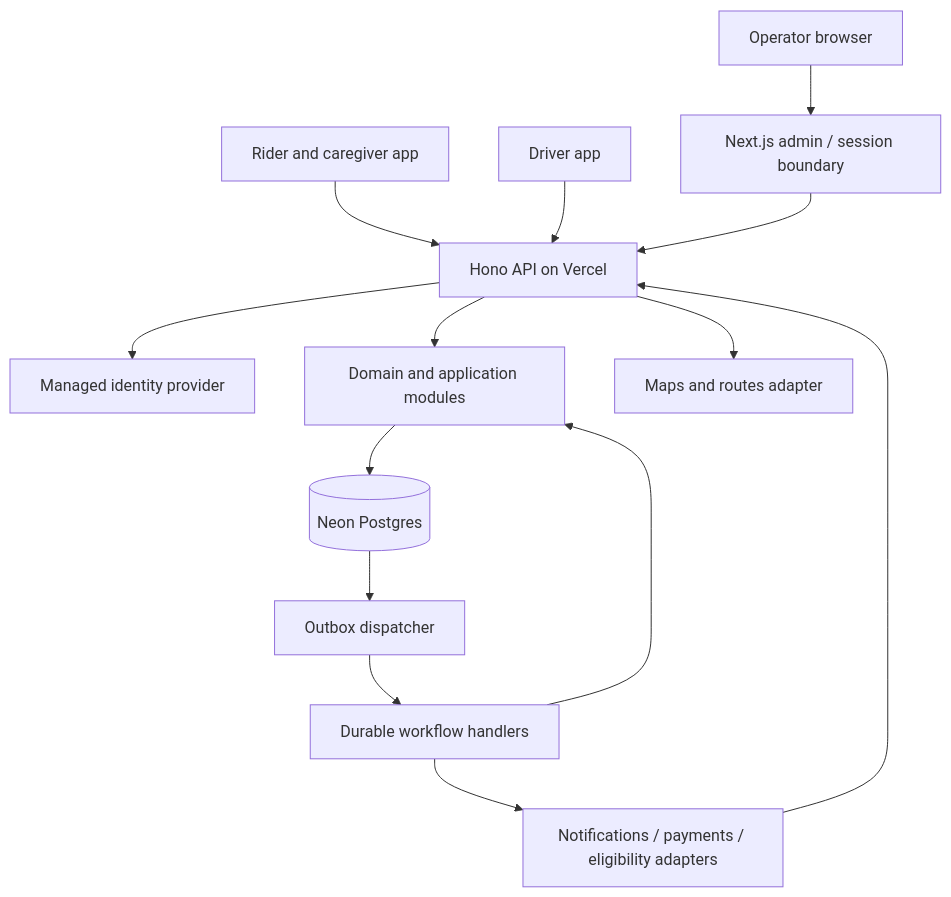
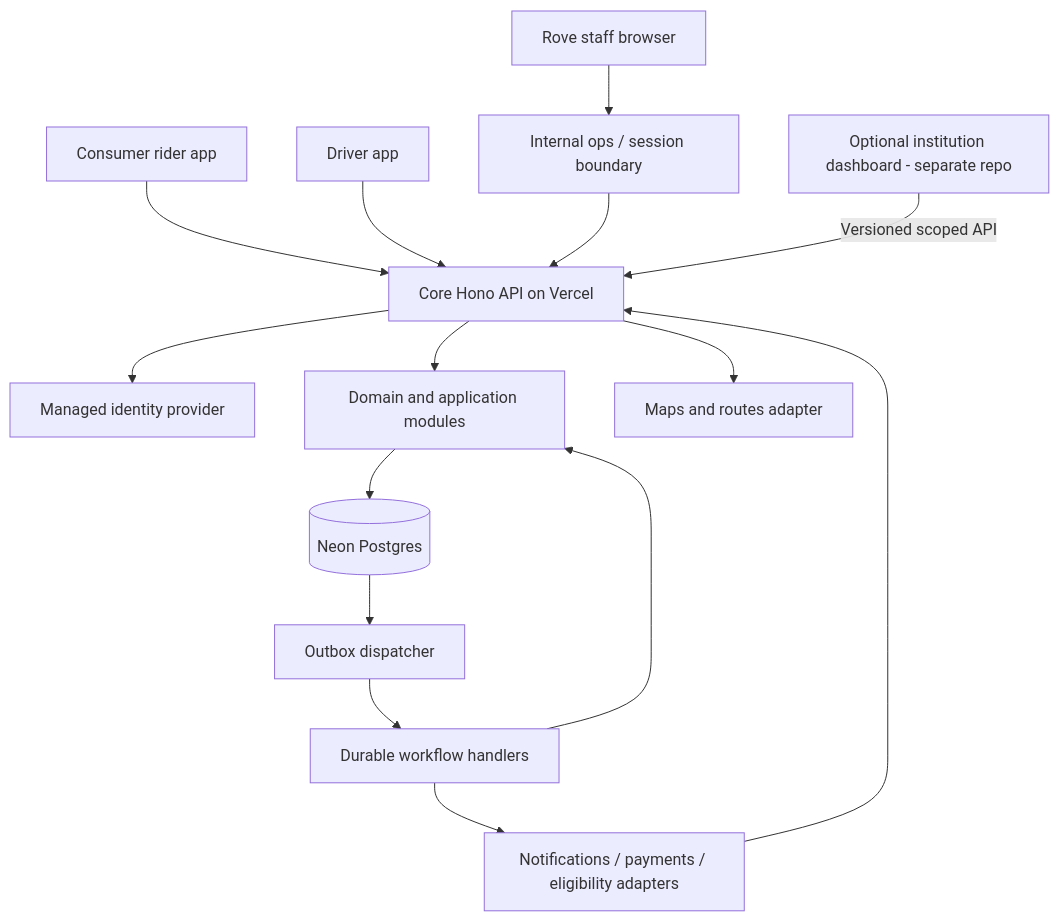
The diagram in docs/02-system-architecture.md (SahilWikhe/Rove_Mobile), drawn with Mermaid before and after one commit. The commit also changed other lines of this file and 16 other files, not shown here.

Commit message:
docs: refocus Rove on consumer ride-hailing with optional B2B

````diff
--- a/docs/02-system-architecture.md
+++ b/docs/02-system-architecture.md
@@ -25,16 +25,17 @@
 ```mermaid
 flowchart TB
-    Rider["Rider and caregiver app"] --> API["Hono API on Vercel"]
+    Rider["Consumer rider app"] --> API["Core Hono API on Vercel"]
     Driver["Driver app"] --> API
-    Browser["Operator browser"] --> Admin["Next.js admin / session boundary"]
-    Admin --> API
+    Browser["Rove staff browser"] --> Ops["Internal ops / session boundary"]
+    Ops --> API
+    B2B["Optional institution dashboard - separate repo"] -->|"Versioned scoped API"| API
     API --> Auth["Managed identity provider"]
     API --> Domain["Domain and application modules"]
     Domain --> DB[("Neon Postgres")]
     DB --> Outbox["Outbox dispatcher"]
     Outbox --> Jobs["Durable workflow handlers"]
     Jobs --> Domain
     Jobs --> Providers["Notifications / payments / eligibility adapters"]
     API --> Maps["Maps and routes adapter"]
     Providers --> API
 ```
````
